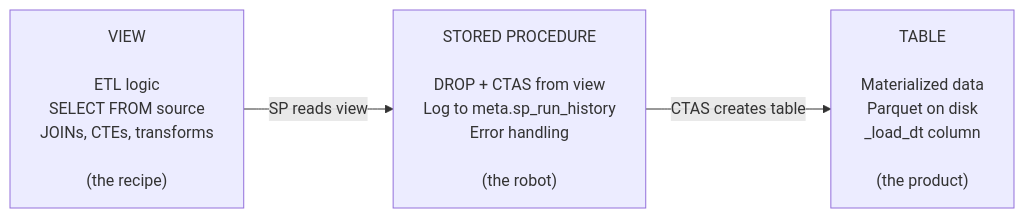
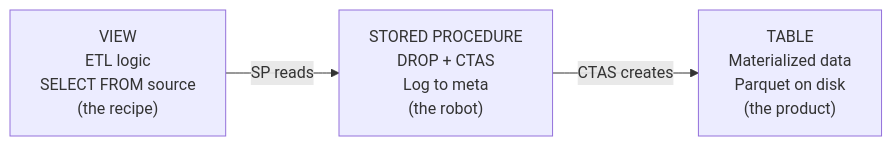
Before and after one commit to ankinguyen-engineer-2002/Fabric-v9-Warehouse-Medallion: the seventh of 7 diagrams in README.md, drawn with Mermaid. The commit also changed other lines of this file, not shown here.

First line of the commit message:
Update README to match final parent-child pipeline architecture

````diff
--- a/README.md
+++ b/README.md
@@ -197,9 +176,8 @@
 ```mermaid
 flowchart LR
-    V["VIEW\n\nETL logic\nSELECT FROM source\nJOINs, CTEs, transforms\n\n(the recipe)"]
-    SP["STORED PROCEDURE\n\nDROP + CTAS from view\nLog to meta.sp_run_history\nError handling\n\n(the robot)"]
-    T["TABLE\n\nMaterialized data\nParquet on disk\n_load_dt column\n\n(the product)"]
+    V["VIEW\nETL logic\nSELECT FROM source\n(the recipe)"]
+    SP["STORED PROCEDURE\nDROP + CTAS\nLog to meta\n(the robot)"]
+    T["TABLE\nMaterialized data\nParquet on disk\n(the product)"]
 
-    V -->|"SP reads view"| SP
-    SP -->|"CTAS creates table"| T
+    V -->|"SP reads"| SP -->|"CTAS creates"| T
 ```
````
